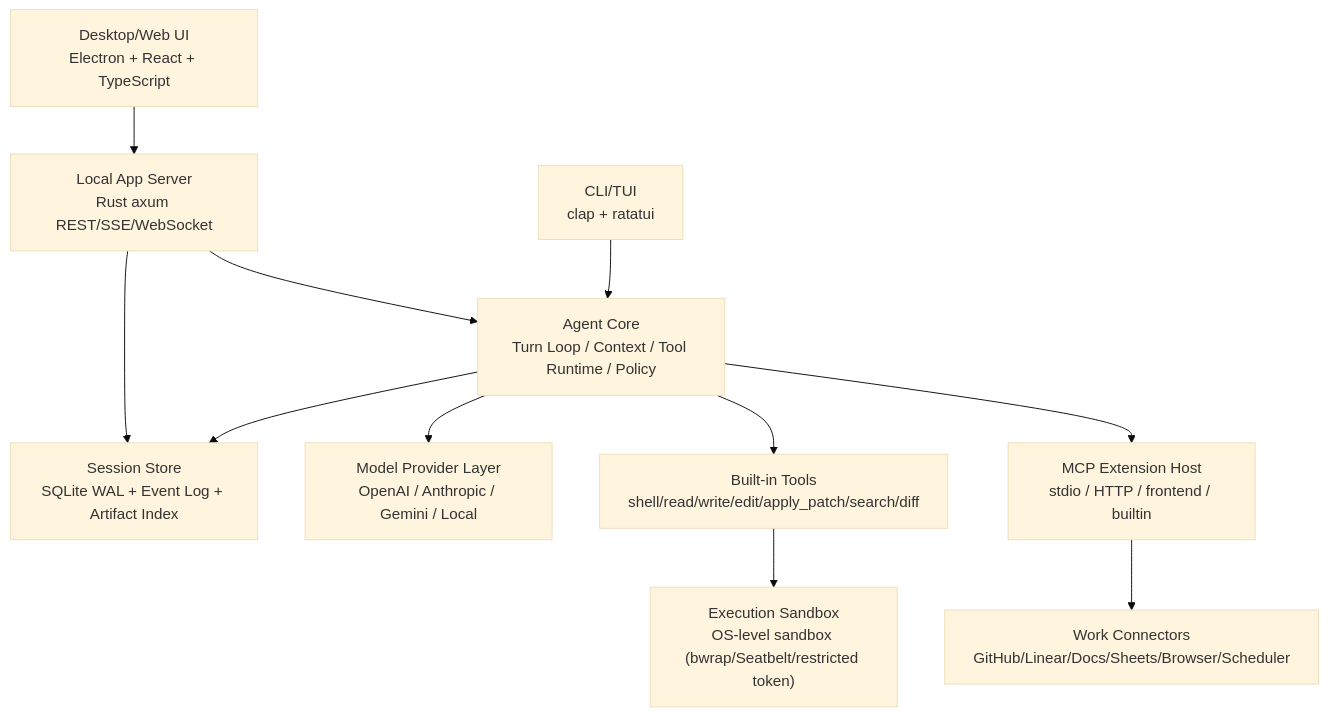
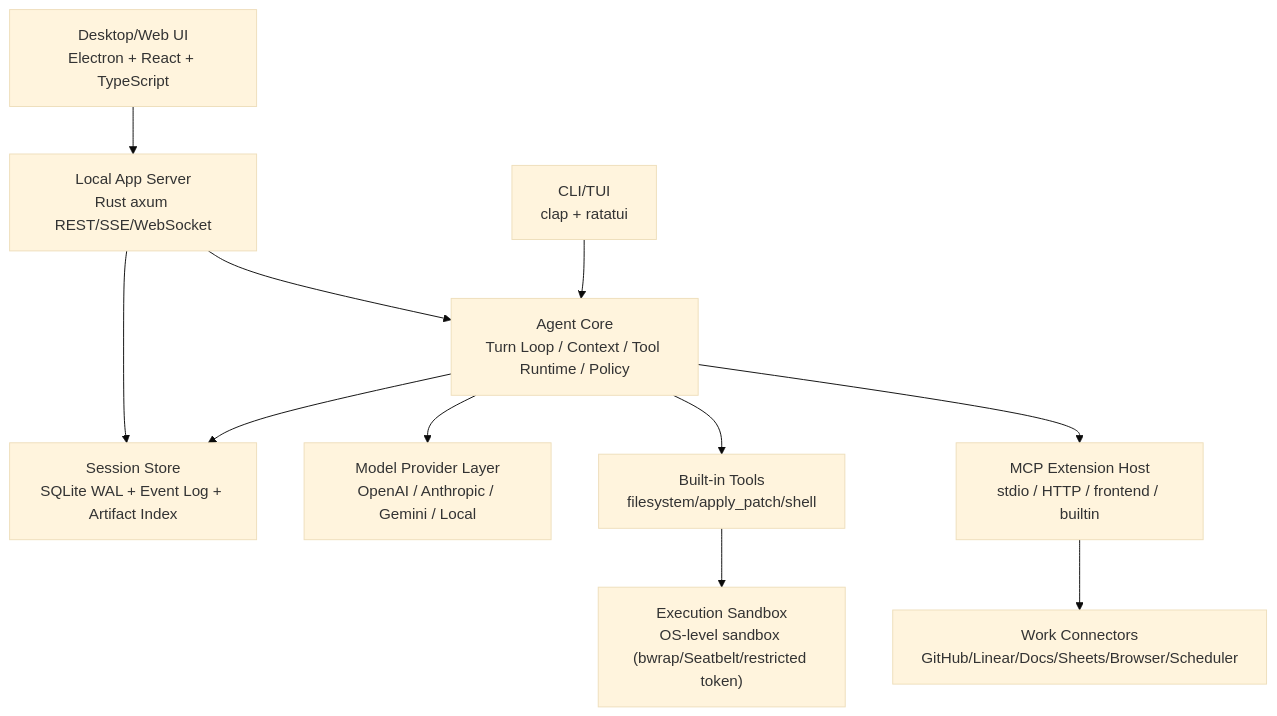
Before and after one commit to StagoMax/OpenTopia: the first of 3 diagrams in docs/ai-coding-work-agent-architecture.md, drawn with Mermaid (base theme). The commit also changed other lines of this file and 6 other files, not shown here.

First line of the commit message:
docs(agent): align architecture with collaboration runtime

````diff
--- a/docs/ai-coding-work-agent-architecture.md
+++ b/docs/ai-coding-work-agent-architecture.md
@@ -49,24 +49,24 @@
 ```mermaid
 flowchart TB
     UI["Desktop/Web UI<br/>Electron + React + TypeScript"]
     CLI["CLI/TUI<br/>clap + ratatui"]
     API["Local App Server<br/>Rust axum REST/SSE/WebSocket"]
     Core["Agent Core<br/>Turn Loop / Context / Tool Runtime / Policy"]
     Store["Session Store<br/>SQLite WAL + Event Log + Artifact Index"]
     Provider["Model Provider Layer<br/>OpenAI / Anthropic / Gemini / Local"]
-    Tools["Built-in Tools<br/>shell/read/write/edit/apply_patch/search/diff"]
+    Tools["Built-in Tools<br/>filesystem/apply_patch/shell"]
     MCP["MCP Extension Host<br/>stdio / HTTP / frontend / builtin"]
     Sandbox["Execution Sandbox<br/>OS-level sandbox (bwrap/Seatbelt/restricted token)"]
     Work["Work Connectors<br/>GitHub/Linear/Docs/Sheets/Browser/Scheduler"]
 
     UI --> API
     CLI --> Core
     API --> Core
     Core --> Store
     Core --> Provider
     Core --> Tools
     Core --> MCP
     Tools --> Sandbox
     MCP --> Work
     API --> Store
 ```
````
